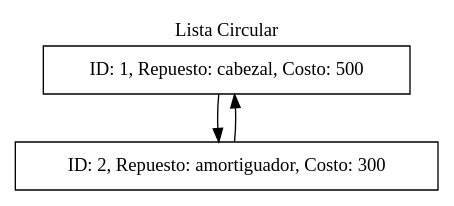
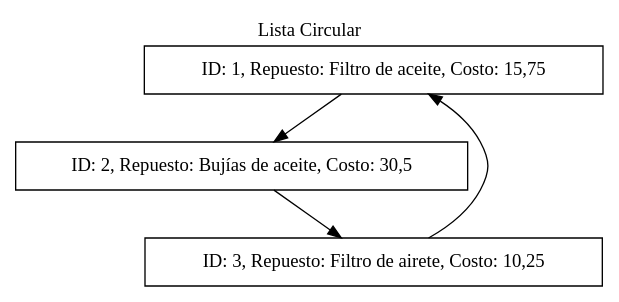
The diagram in Fase#1/Graficas/ListaCircular.dot (Farot30/-EDD-1S2025_202307820), drawn with Graphviz before and after one commit. The commit also changed 29 other files, not shown here.

```diff
--- a/Fase#1/Graficas/ListaCircular.dot
+++ b/Fase#1/Graficas/ListaCircular.dot
@@ -1,8 +1,9 @@
 digraph G {
 label="Lista Circular";
 labelloc="t";
 node [shape=box];
-"ID: 1, Repuesto: cabezal, Costo: 500" -> "ID: 2, Repuesto: amortiguador, Costo: 300";
-"ID: 2, Repuesto: amortiguador, Costo: 300" -> "ID: 1, Repuesto: cabezal, Costo: 500";
+"ID: 1, Repuesto: Filtro de aceite, Costo: 15,75" -> "ID: 2, Repuesto: Bujías de aceite, Costo: 30,5";
+"ID: 2, Repuesto: Bujías de aceite, Costo: 30,5" -> "ID: 3, Repuesto: Filtro de airete, Costo: 10,25";
+"ID: 3, Repuesto: Filtro de airete, Costo: 10,25" -> "ID: 1, Repuesto: Filtro de aceite, Costo: 15,75";
 
 }
```
